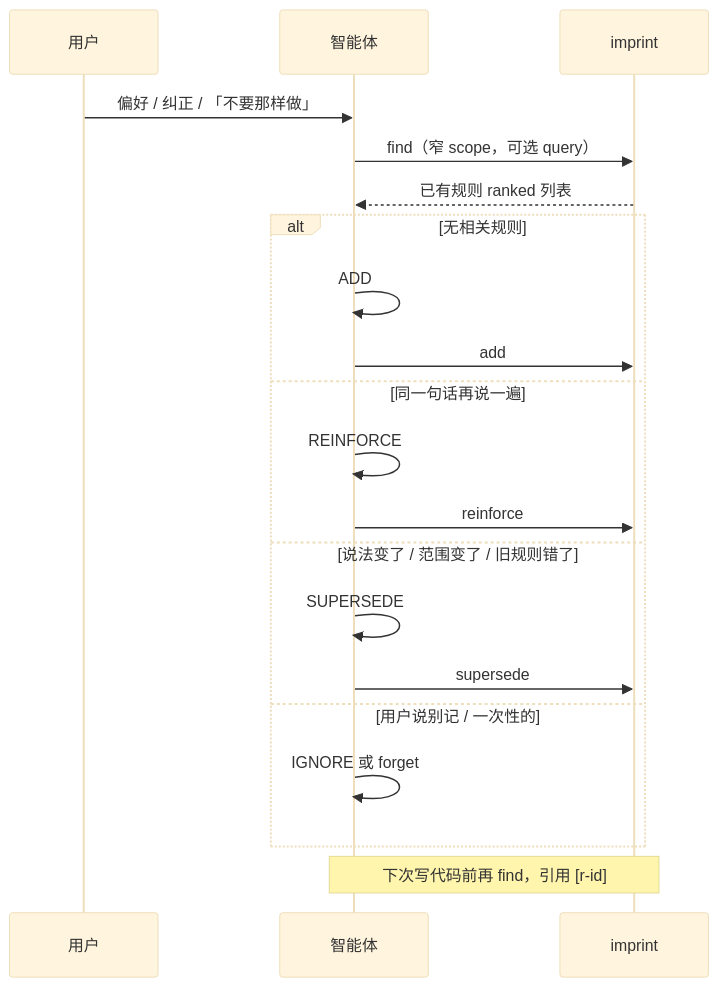
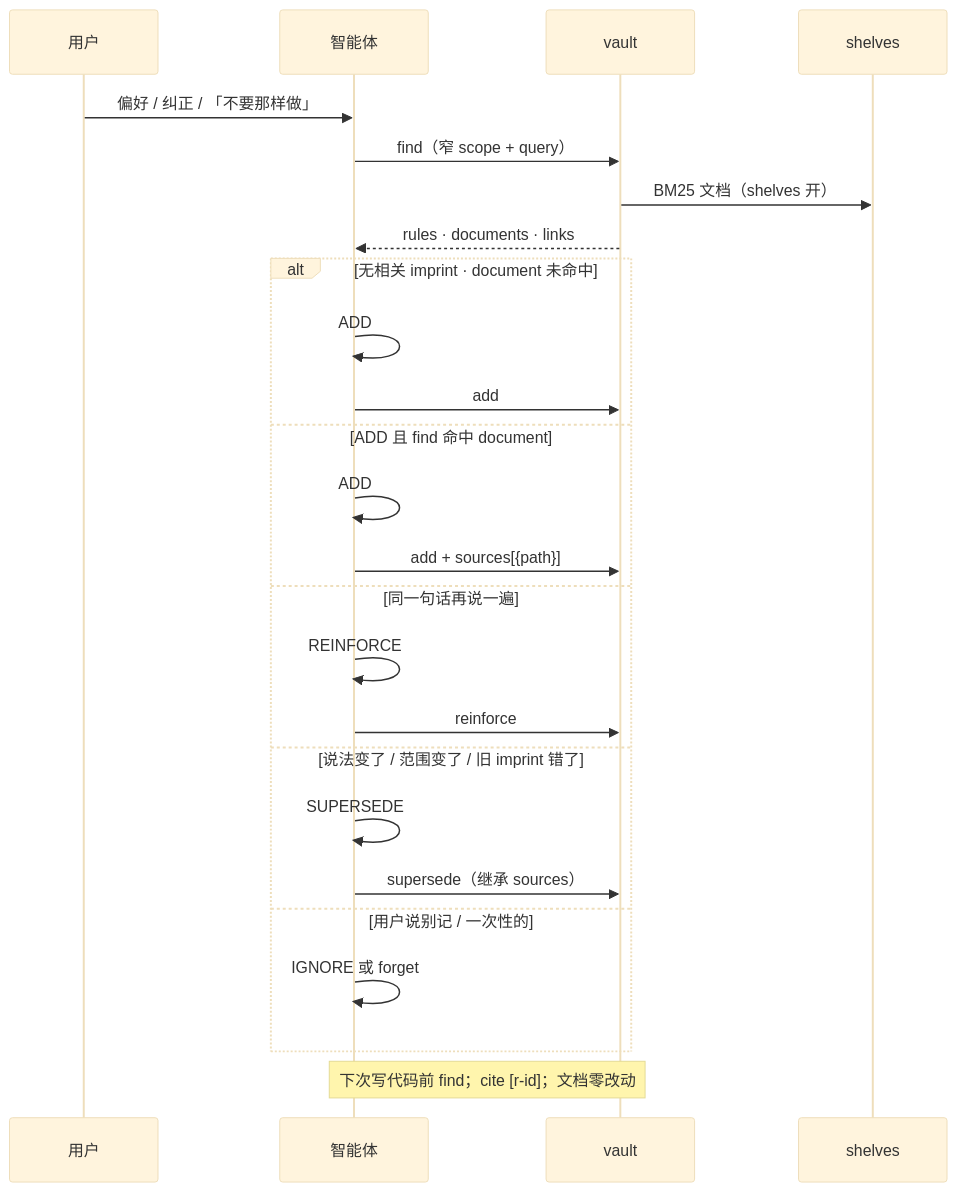
One commit to SteamedBread2333/imprint changed the diagram in docs/correction.zh.md. Above: the diagram before and after it, drawn with Mermaid (base theme). The commit also changed other lines of this file and 33 other files, not shown here.

Commit message:
Enhance README and documentation with detailed explanations of the imprint and shelves integration, including command updates, workflow improvements, and linking mechanisms. Update Chinese translations accordingly. Modify logo asset for consistency across documentation.

````diff
--- a/docs/correction.zh.md
+++ b/docs/correction.zh.md
@@ -21,25 +21,30 @@
 ```mermaid
 sequenceDiagram
   participant U as 用户
   participant A as 智能体
-  participant I as imprint
+  participant V as vault
+  participant S as shelves
 
   U->>A: 偏好 / 纠正 / 「不要那样做」
-  A->>I: find（窄 scope，可选 query）
-  I-->>A: 已有规则 ranked 列表
+  A->>V: find（窄 scope + query）
+  V->>S: BM25 文档（shelves 开）
+  V-->>A: rules · documents · links
 
-  alt 无相关规则
+  alt 无相关 imprint · document 未命中
     A->>A: ADD
-    A->>I: add
+    A->>V: add
+  else ADD 且 find 命中 document
+    A->>A: ADD
+    A->>V: add + sources[{path}]
   else 同一句话再说一遍
     A->>A: REINFORCE
-    A->>I: reinforce
-  else 说法变了 / 范围变了 / 旧规则错了
+    A->>V: reinforce
+  else 说法变了 / 范围变了 / 旧 imprint 错了
     A->>A: SUPERSEDE
-    A->>I: supersede
+    A->>V: supersede（继承 sources）
   else 用户说别记 / 一次性的
     A->>A: IGNORE 或 forget
   end
 
-  Note over A,I: 下次写代码前再 find，引用 [r-id]
+  Note over A,V: 下次写代码前 find；cite [r-id]；文档零改动
 ```
````
